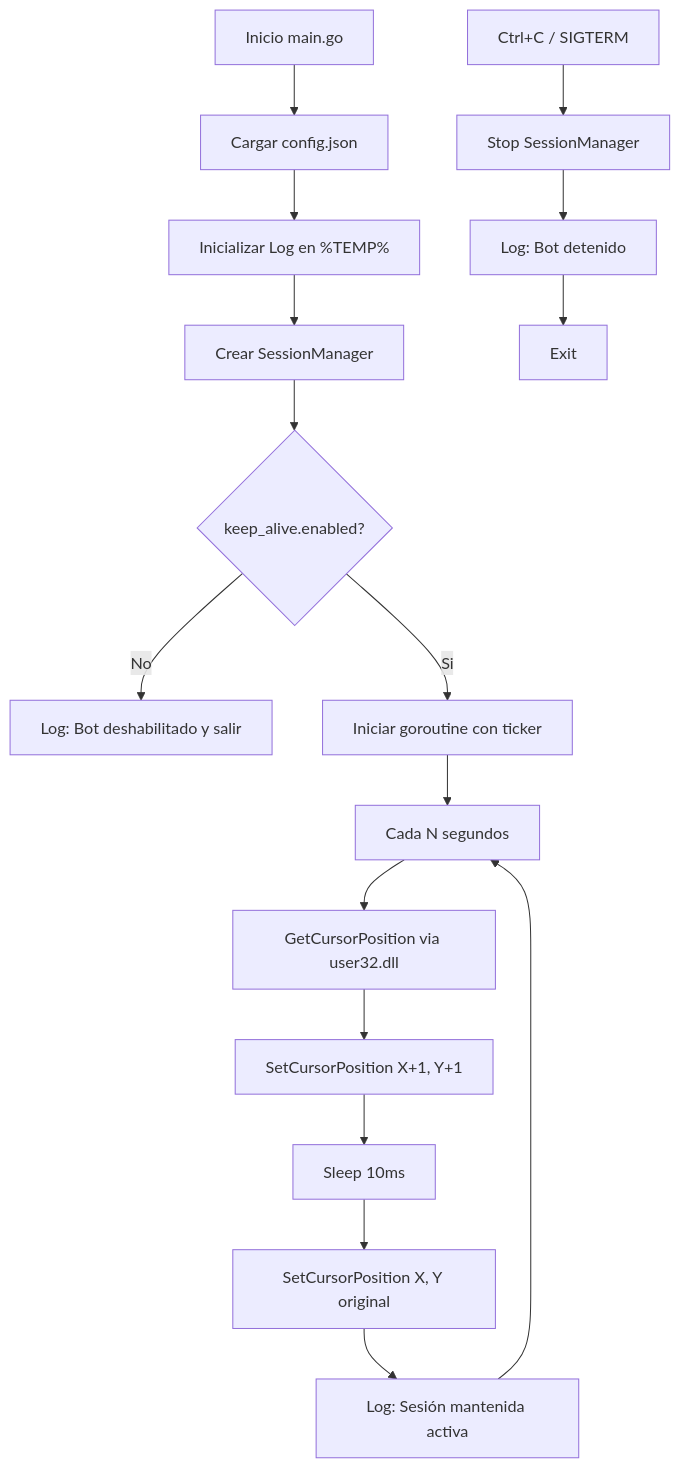
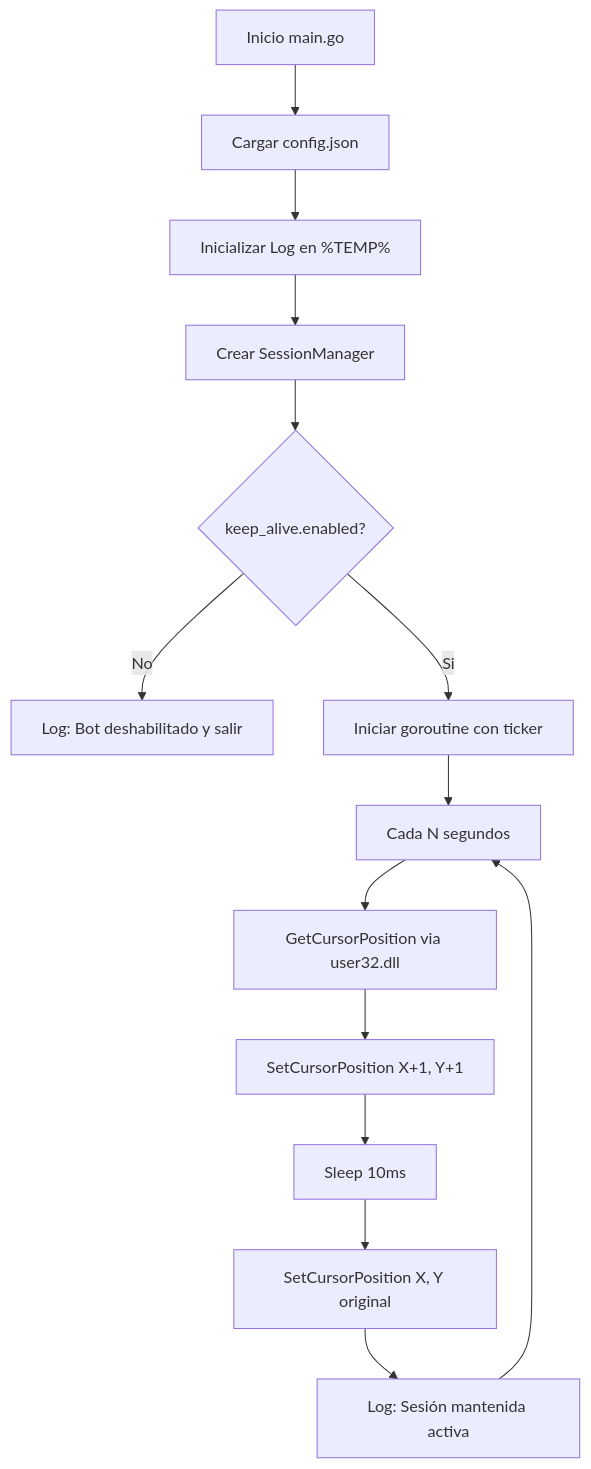
Before and after one commit to MartinCiro/mini_move_mouse: the first of 2 diagrams in README.md, drawn with Mermaid. The commit also changed other lines of this file, not shown here.

````diff
--- a/README.md
+++ b/README.md
@@ -114,19 +112,16 @@
 ```mermaid
 graph TD
     A[Inicio main.go] --> B[Cargar config.json]
     B --> C[Inicializar Log en %TEMP%]
     C --> D[Crear SessionManager]
     D --> E{keep_alive.enabled?}
     E -->|No| F[Log: Bot deshabilitado y salir]
     E -->|Si| G[Iniciar goroutine con ticker]
     G --> H[Cada N segundos]
     H --> I[GetCursorPosition via user32.dll]
     I --> J[SetCursorPosition X+1, Y+1]
     J --> K[Sleep 10ms]
     K --> L[SetCursorPosition X, Y original]
     L --> M[Log: Sesión mantenida activa]
     M --> H
-    N[Ctrl+C / SIGTERM] --> O[Stop SessionManager]
-    O --> P[Log: Bot detenido]
-    P --> Q[Exit]
 ```
````
